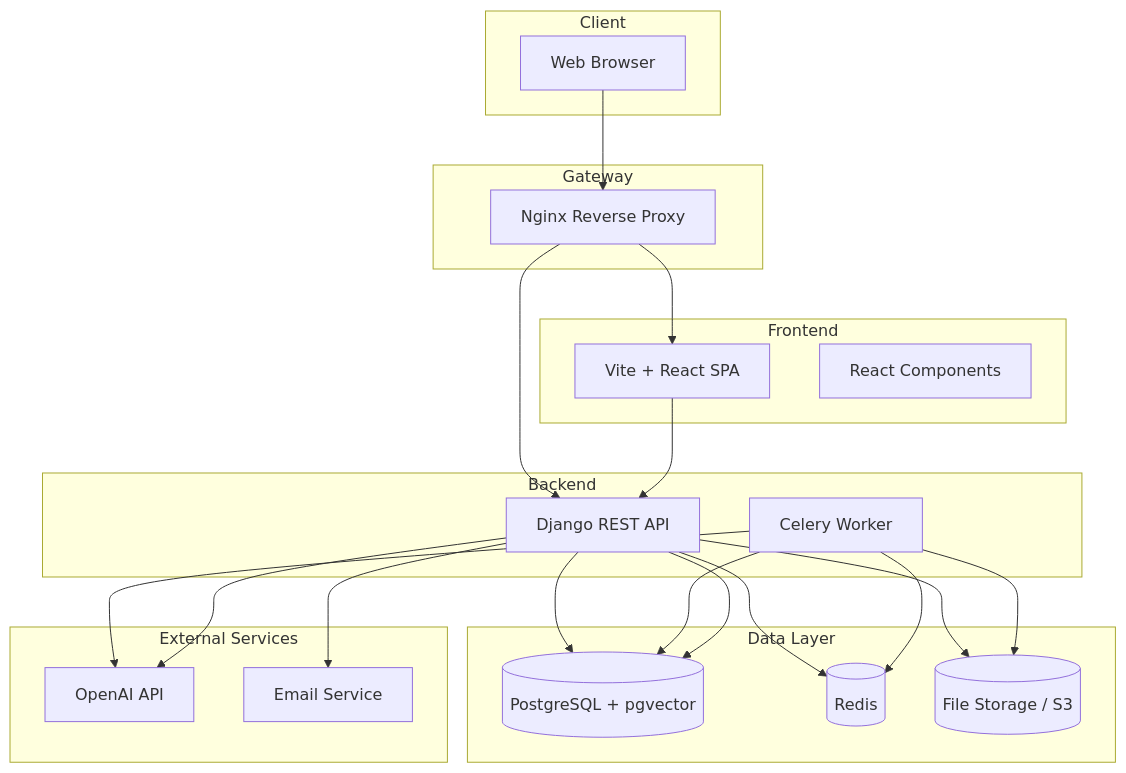
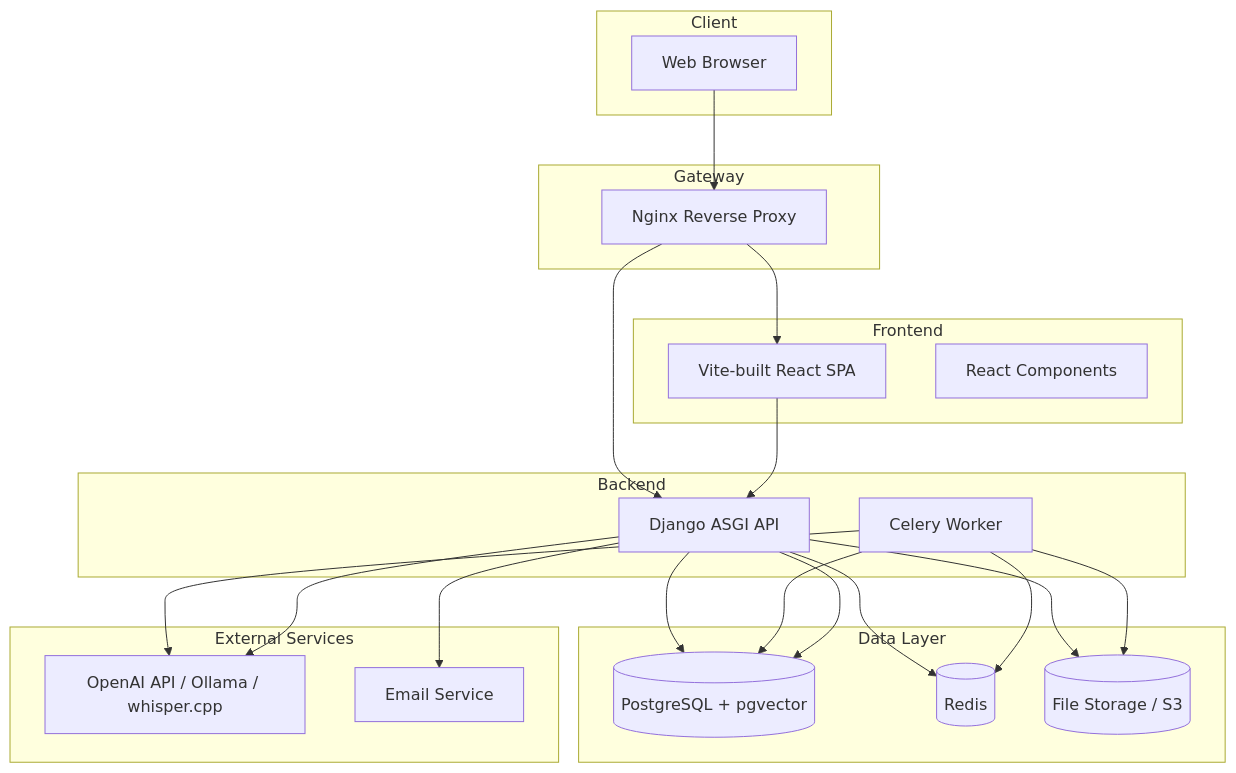
One commit to yukiharada1228/videoq changed the third of 3 diagrams in docs/design/component-diagram.md. Above: the diagram before and after it, drawn with Mermaid. The commit also changed other lines of this file and 7 other files, not shown here.

````diff
--- a/docs/design/component-diagram.md
+++ b/docs/design/component-diagram.md
@@ -370,46 +377,46 @@
 ```mermaid
 graph TB
     subgraph Client["Client"]
         Browser[Web Browser]
     end
     
     subgraph Frontend["Frontend"]
-        FrontendSPA[Vite + React SPA]
+        FrontendSPA[Vite-built React SPA]
         ReactComponents[React Components]
     end
     
     subgraph Gateway["Gateway"]
         Nginx[Nginx Reverse Proxy]
     end
     
     subgraph Backend["Backend"]
-        DjangoAPI[Django REST API]
+        DjangoAPI[Django ASGI API]
         CeleryWorker[Celery Worker]
     end
     
     subgraph Data["Data Layer"]
         PostgreSQL[(PostgreSQL + pgvector)]
         Redis[(Redis)]
         FileStorage[(File Storage / S3)]
     end
     
     subgraph External["External Services"]
-        OpenAI[OpenAI API]
+        OpenAI[OpenAI API / Ollama / whisper.cpp]
         EmailService[Email Service]
     end
     
     Browser --> Nginx
     Nginx --> FrontendSPA
     Nginx --> DjangoAPI
     FrontendSPA --> DjangoAPI
     DjangoAPI --> PostgreSQL
     DjangoAPI --> Redis
     DjangoAPI --> FileStorage
     CeleryWorker --> Redis
     CeleryWorker --> PostgreSQL
     CeleryWorker --> FileStorage
     CeleryWorker --> OpenAI
     DjangoAPI --> OpenAI
     DjangoAPI --> EmailService
     DjangoAPI --> PostgreSQL
 ```
````
